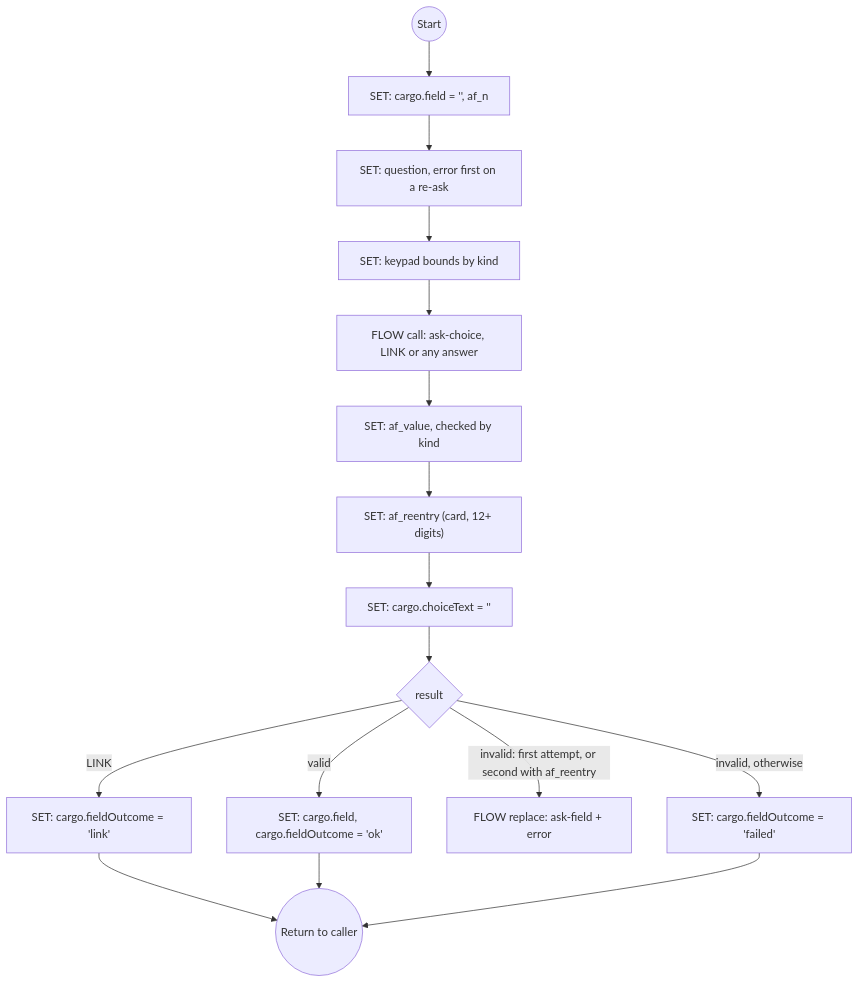
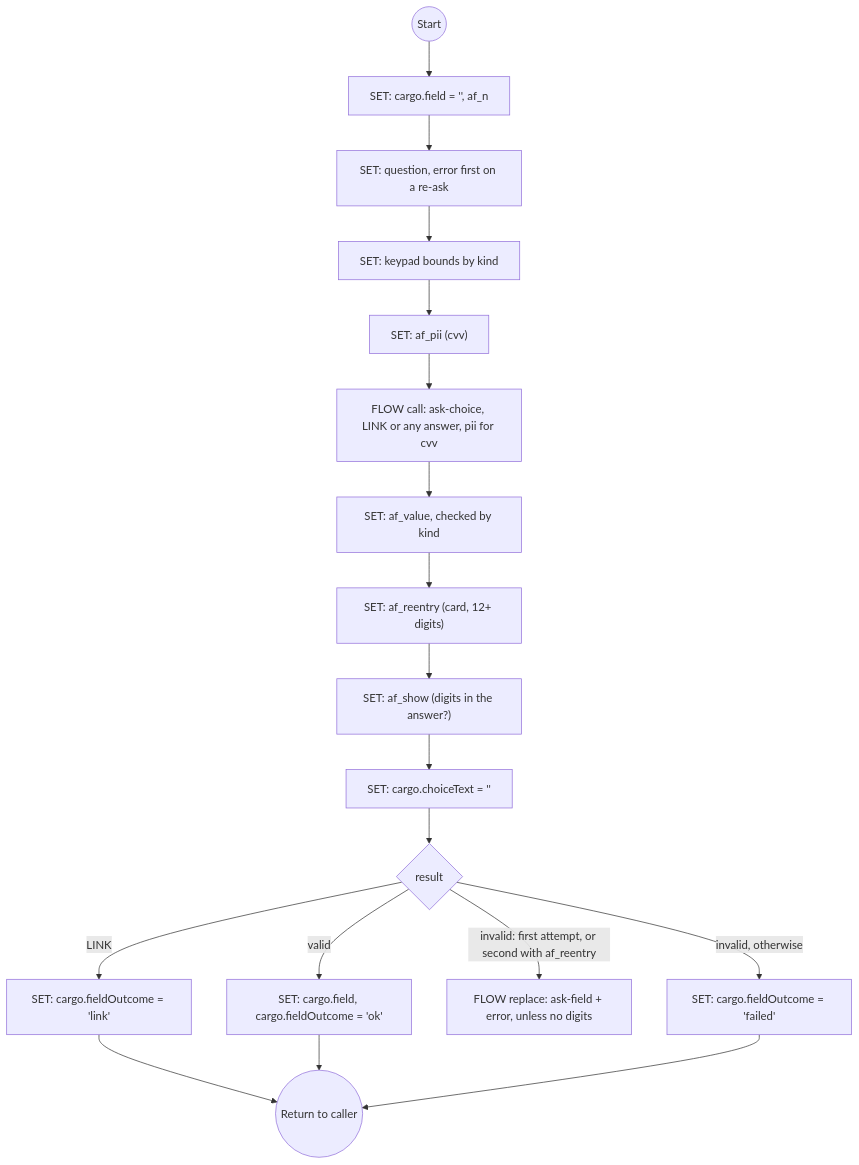
One commit to ronpinkas/jsfe changed diagram 21 of 25 in docs/system-flows.md. Above: the diagram before and after it, drawn with Mermaid. The commit also changed other lines of this file and 4 other files, not shown here.

````diff
--- a/docs/system-flows.md
+++ b/docs/system-flows.md
@@ -1324,18 +1406,20 @@
 ```mermaid
 graph TD
     start((Start)) --> af_attempt["SET: cargo.field = '', af_n"]
     af_attempt --> af_question[SET: question, error first on a re-ask]
     af_question --> af_keypad[SET: keypad bounds by kind]
-    af_keypad --> af_ask[FLOW call: ask-choice, LINK or any answer]
+    af_keypad --> af_sensitive["SET: af_pii (cvv)"]
+    af_sensitive --> af_ask[FLOW call: ask-choice, LINK or any answer, pii for cvv]
     af_ask --> af_read[SET: af_value, checked by kind]
     af_read --> af_reentry["SET: af_reentry (card, 12+ digits)"]
-    af_reentry --> af_forget["SET: cargo.choiceText = ''"]
+    af_reentry --> af_show["SET: af_show (digits in the answer?)"]
+    af_show --> af_forget["SET: cargo.choiceText = ''"]
     af_forget --> af_route{result}
     af_route -->|LINK| af_link["SET: cargo.fieldOutcome = 'link'"]
     af_route -->|valid| af_ok["SET: cargo.field, cargo.fieldOutcome = 'ok'"]
-    af_route -->|invalid: first attempt, or second with af_reentry| af_again[FLOW replace: ask-field + error]
+    af_route -->|invalid: first attempt, or second with af_reentry| af_again["FLOW replace: ask-field + error, unless no digits"]
     af_route -->|invalid, otherwise| af_failed["SET: cargo.fieldOutcome = 'failed'"]
     af_link --> stop((Return to caller))
     af_ok --> stop
     af_failed --> stop
 ```
````
